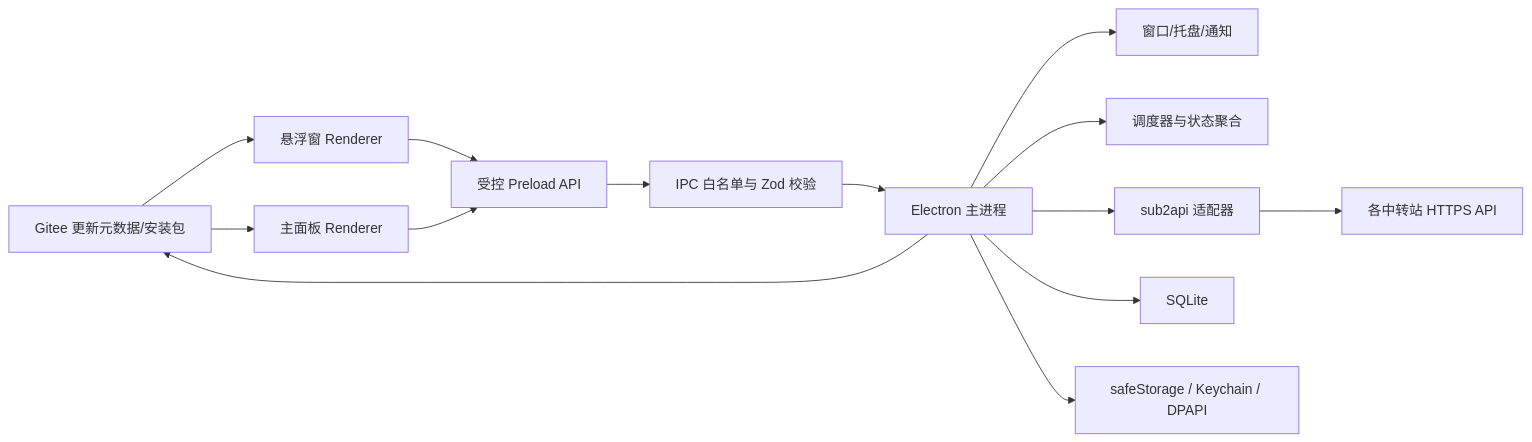
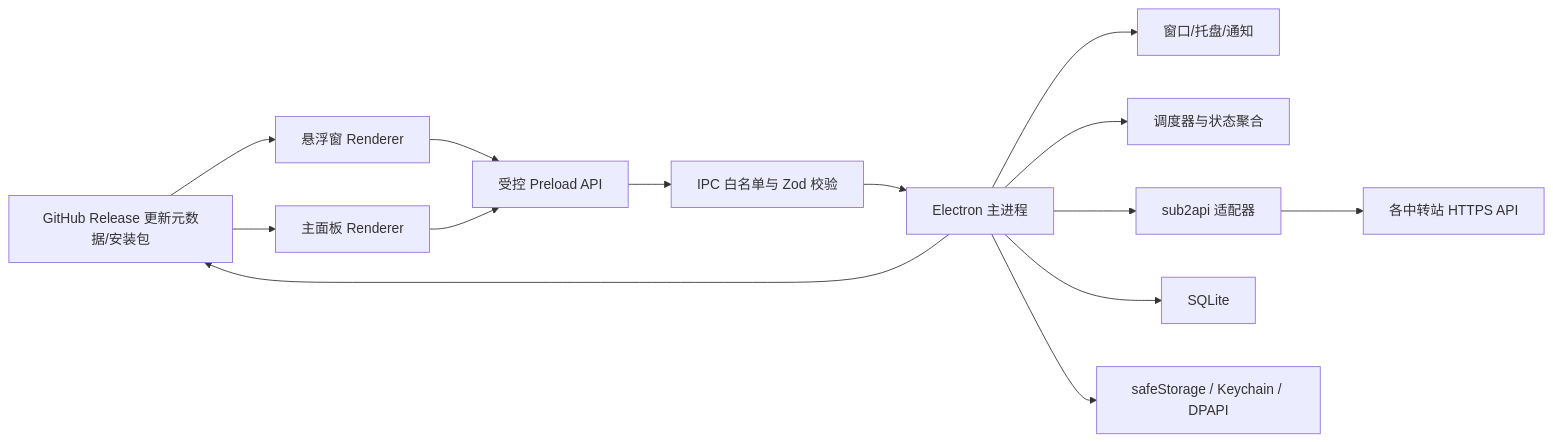
Before and after one commit to zmjza/-Sub2API-Multi-Hop-Monitoring-Tool: the first of 4 diagrams in liran_docs/02-架构文档.md, drawn with Mermaid. The commit also changed other lines of this file and 20 other files, not shown here.

````diff
--- a/liran_docs/02-架构文档.md
+++ b/liran_docs/02-架构文档.md
@@ -51,16 +51,16 @@
 ```mermaid
 flowchart LR
   U["用户"] --> F["悬浮窗 Renderer"]
   U --> M["主面板 Renderer"]
   F --> P["受控 Preload API"]
   M --> P
   P --> I["IPC 白名单与 Zod 校验"]
   I --> C["Electron 主进程"]
   C --> W["窗口/托盘/通知"]
   C --> S["调度器与状态聚合"]
   C --> A["sub2api 适配器"]
   C --> D["SQLite"]
   C --> K["safeStorage / Keychain / DPAPI"]
-  C --> U["Gitee 更新元数据/安装包"]
+  C --> U["GitHub Release 更新元数据/安装包"]
   A --> H["各中转站 HTTPS API"]
 ```
````
